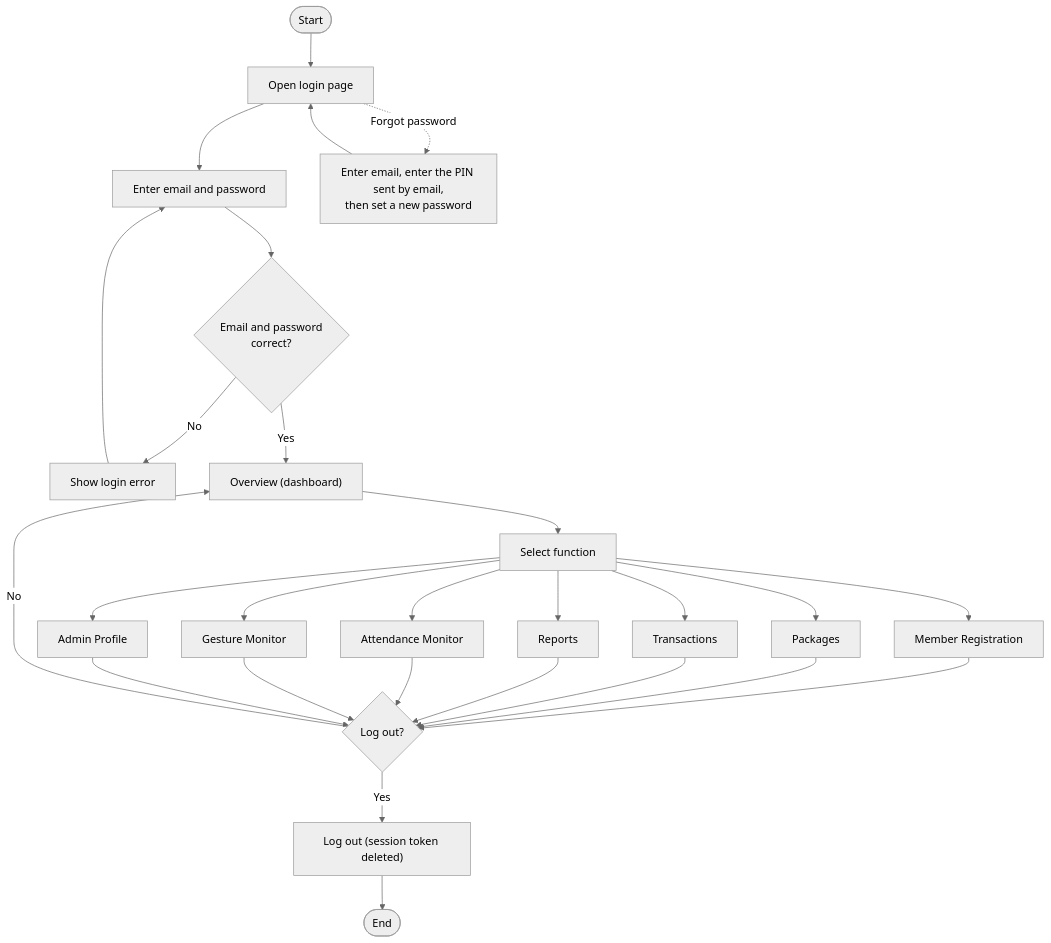
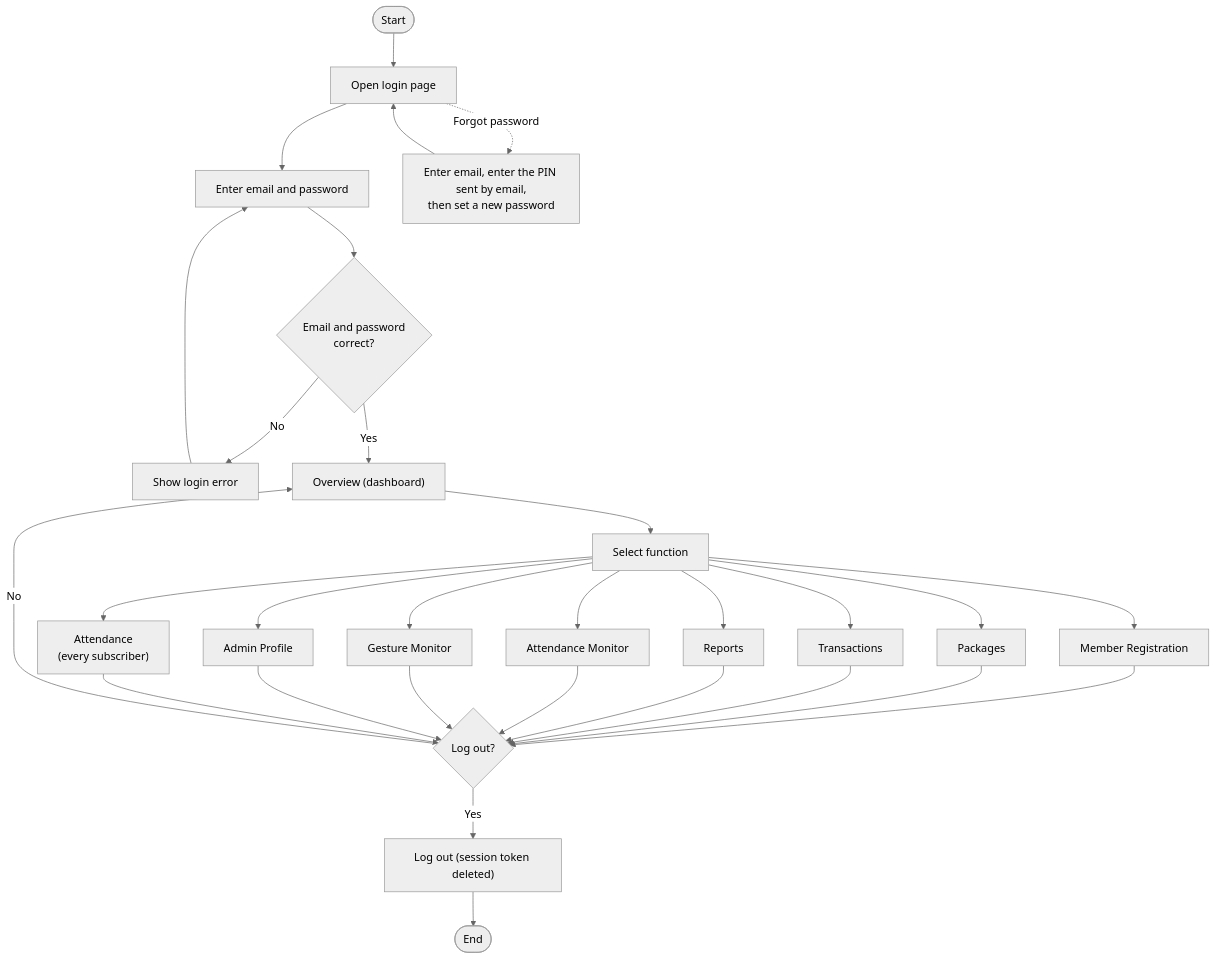
One commit to Plonteras191/GYM2-CAPSTONE changed the first of 8 diagrams in Correct_Diagrams/1_System_Process_Flow_Diagram.md. Above: the diagram before and after it, drawn with Mermaid (neutral theme). The commit also changed other lines of this file and 26 other files, not shown here.

````diff
--- a/Correct_Diagrams/1_System_Process_Flow_Diagram.md
+++ b/Correct_Diagrams/1_System_Process_Flow_Diagram.md
@@ -9,32 +11,34 @@
 ```mermaid
 flowchart TD
     Start([Start]) --> Login["Open login page"]
     Login --> Cred["Enter email and password"]
     Cred --> Valid{"Email and password<br/>correct?"}
     Valid -- No --> Err1["Show login error"]
     Err1 --> Cred
     Valid -- Yes --> Dash["Overview (dashboard)"]
 
     Login -. "Forgot password" .-> Reset["Enter email, enter the PIN sent by email,<br/>then set a new password"]
     Reset --> Login
 
     Dash --> Select["Select function"]
     Select --> M1["Member Registration"]
     Select --> M2["Packages"]
     Select --> M3["Transactions"]
     Select --> M4["Reports"]
     Select --> M5["Attendance Monitor"]
     Select --> M6["Gesture Monitor"]
     Select --> M7["Admin Profile"]
+    Select --> M8["Attendance<br/>(every subscriber)"]
 
     M1 --> Out{"Log out?"}
     M2 --> Out
     M3 --> Out
     M4 --> Out
     M5 --> Out
     M6 --> Out
     M7 --> Out
+    M8 --> Out
     Out -- No --> Dash
     Out -- Yes --> Logout["Log out (session token deleted)"]
     Logout --> End([End])
 ```
````
